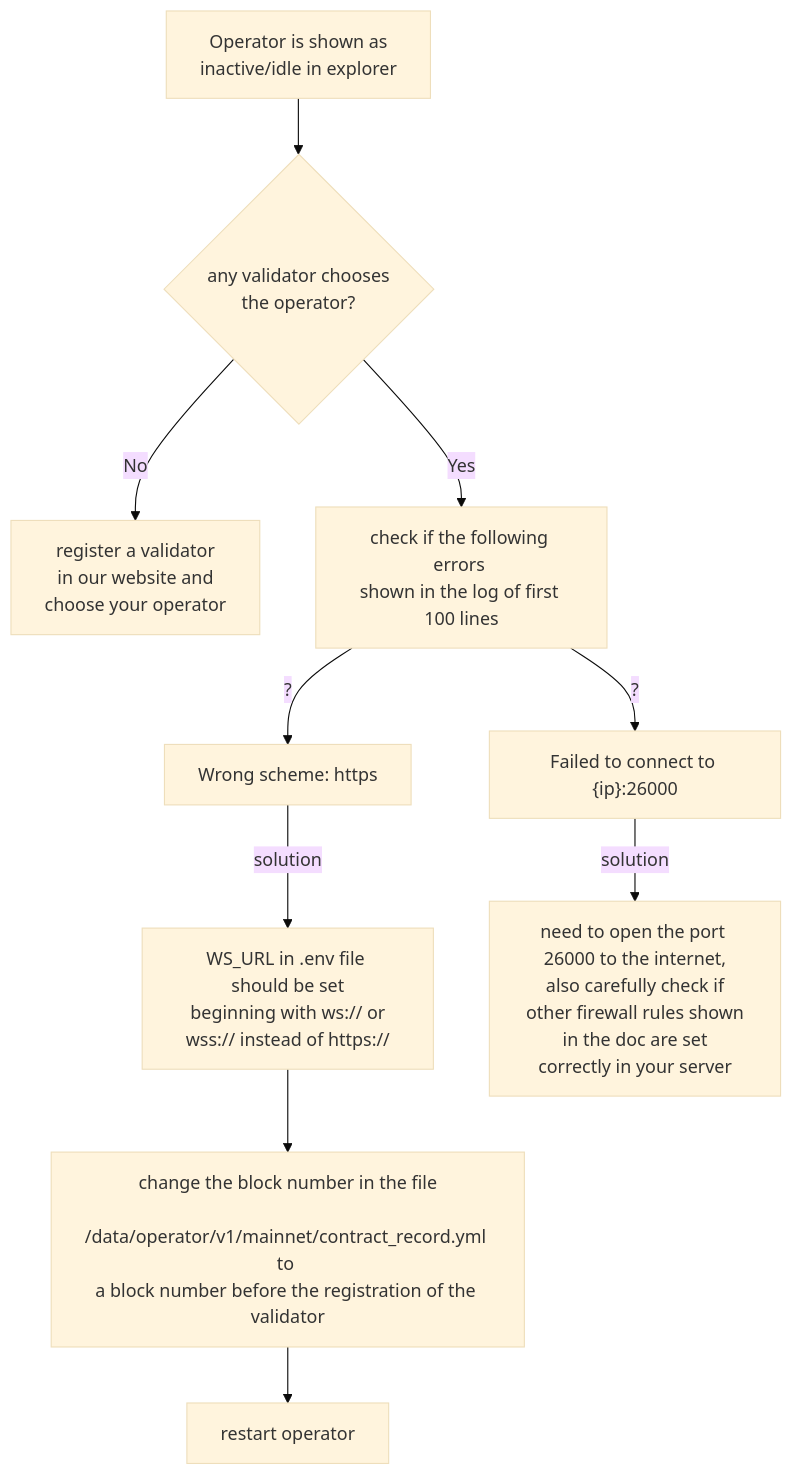
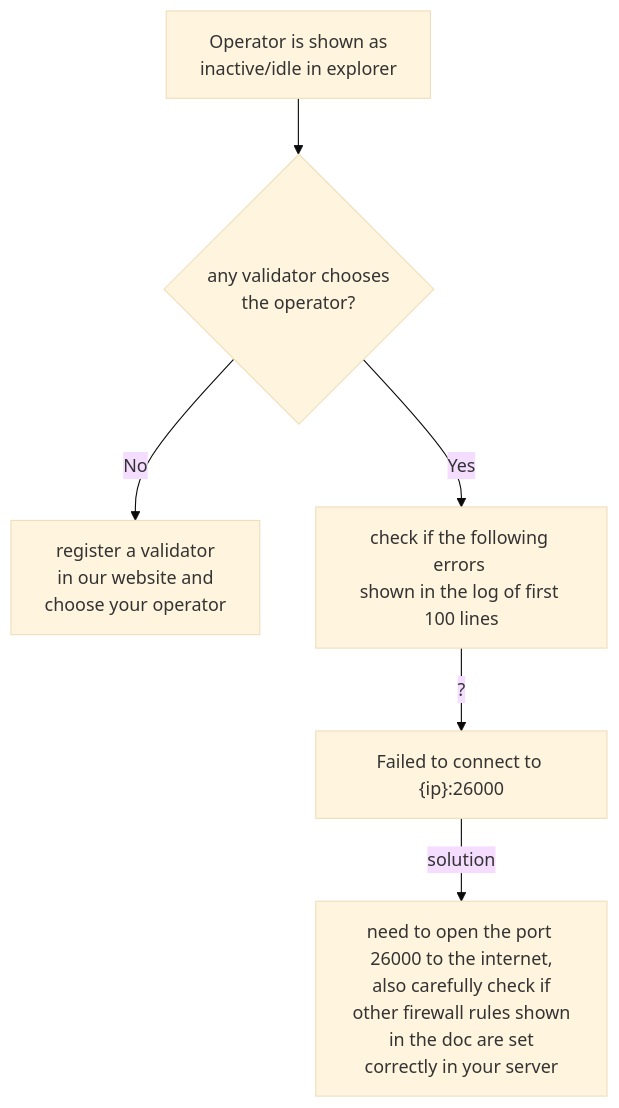
The diagram in docs/safestake-running-an-operator-node.md (ParaState/SafeStakeOperator), drawn with Mermaid (base theme) before and after one commit. The commit also changed other lines of this file and 3 other files, not shown here.

````diff
--- a/docs/safestake-running-an-operator-node.md
+++ b/docs/safestake-running-an-operator-node.md
@@ -267,12 +267,8 @@
 ```mermaid
 graph TD;
     A[Operator is shown as \n inactive/idle in explorer] --> B{any validator chooses\nthe operator?};
     B --> |No| C[register a validator\n in our website and \n choose your operator];
     B --> |Yes| D[check if the following errors \nshown in the log of first 100 lines];
-    D --> |?| E[Wrong scheme: https];
-    E --> |solution| F["WS_URL in .env file should be set\n beginning with ws:// or wss:// instead of https://"];
-    F --> G[change the block number in the file\n /data/operator/v1/mainnet/contract_record.yml to \na block number before the registration of the validator];
-    G --> H[restart operator];
     D --> |?| K["Failed to connect to {ip}:26000"];
     K --> |solution| L[need to open the port 26000 to the internet,\n also carefully check if other firewall rules shown\n in the doc are set correctly in your server];
 ```
````
